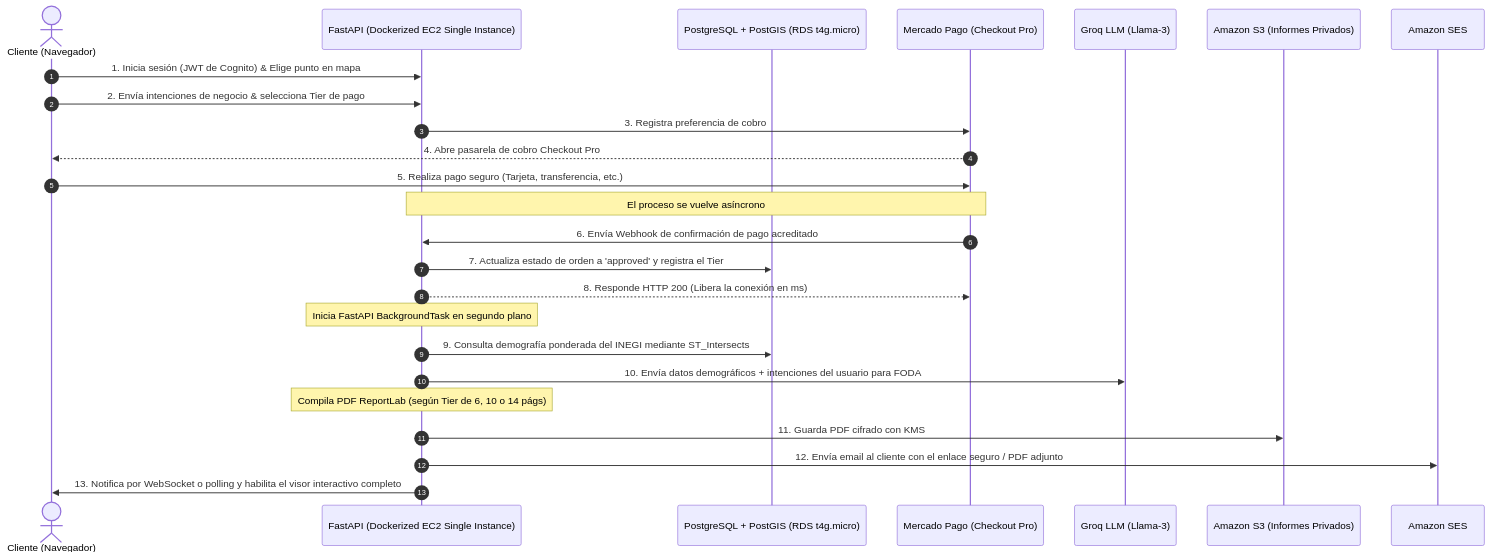
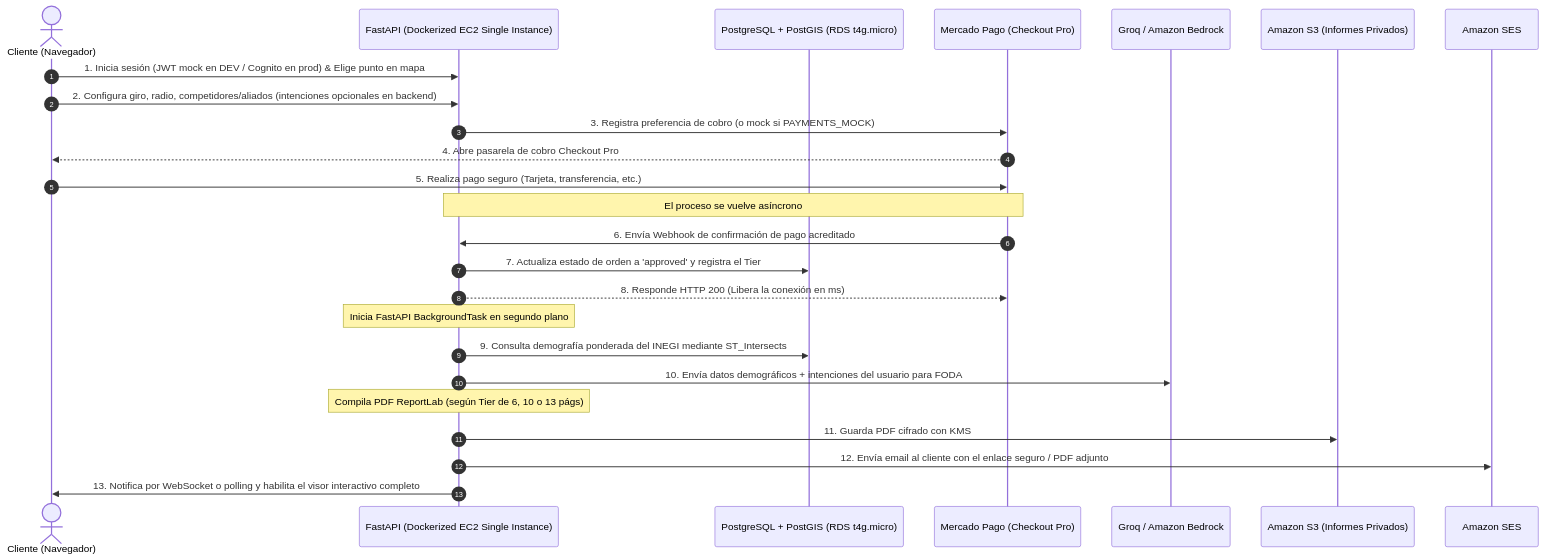
Before and after one commit to EmmanuelRR-data-science/viabilidad-negocios: the diagram in .kiro/specs/viabilidad-comercial/rfc-viabilidad-comercial.md, drawn with Mermaid. The commit also changed other lines of this file and 255 other files, not shown here.

````diff
--- a/.kiro/specs/viabilidad-comercial/rfc-viabilidad-comercial.md
+++ b/.kiro/specs/viabilidad-comercial/rfc-viabilidad-comercial.md
@@ -160,28 +187,28 @@
 ```mermaid
 sequenceDiagram
     autonumber
     actor Cliente as Cliente (Navegador)
     participant API as FastAPI (Dockerized EC2 Single Instance)
     participant DB as PostgreSQL + PostGIS (RDS t4g.micro)
     participant MP as Mercado Pago (Checkout Pro)
-    participant LLM as Groq LLM (Llama-3)
+    participant LLM as Groq / Amazon Bedrock
     participant S3 as Amazon S3 (Informes Privados)
     participant SES as Amazon SES
 
-    Cliente->>API: 1. Inicia sesión (JWT de Cognito) & Elige punto en mapa
-    Cliente->>API: 2. Envía intenciones de negocio & selecciona Tier de pago
-    API->>MP: 3. Registra preferencia de cobro
+    Cliente->>API: 1. Inicia sesión (JWT mock en DEV / Cognito en prod) & Elige punto en mapa
+    Cliente->>API: 2. Configura giro, radio, competidores/aliados (intenciones opcionales en backend)
+    API->>MP: 3. Registra preferencia de cobro (o mock si PAYMENTS_MOCK)
     MP-->>Cliente: 4. Abre pasarela de cobro Checkout Pro
     Cliente->>MP: 5. Realiza pago seguro (Tarjeta, transferencia, etc.)
     Note over MP, API: El proceso se vuelve asíncrono
     MP->>API: 6. Envía Webhook de confirmación de pago acreditado
     API->>DB: 7. Actualiza estado de orden a 'approved' y registra el Tier
     API-->>MP: 8. Responde HTTP 200 (Libera la conexión en ms)
     Note over API: Inicia FastAPI BackgroundTask en segundo plano
     API->>DB: 9. Consulta demografía ponderada del INEGI mediante ST_Intersects
     API->>LLM: 10. Envía datos demográficos + intenciones del usuario para FODA
-    Note over API: Compila PDF ReportLab (según Tier de 6, 10 o 14 págs)
+    Note over API: Compila PDF ReportLab (según Tier de 6, 10 o 13 págs)
     API->>S3: 11. Guarda PDF cifrado con KMS
     API->>SES: 12. Envía email al cliente con el enlace seguro / PDF adjunto
     API->>Cliente: 13. Notifica por WebSocket o polling y habilita el visor interactivo completo
 ```
````
